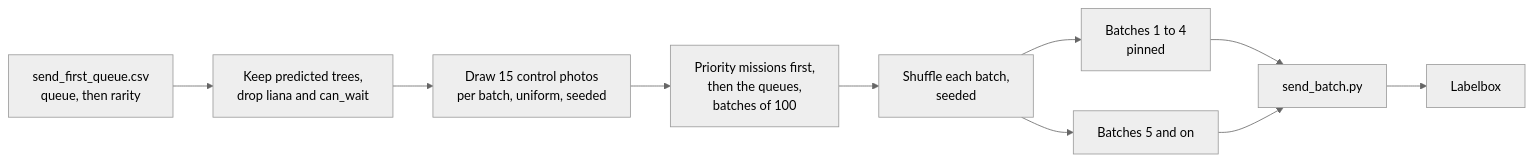
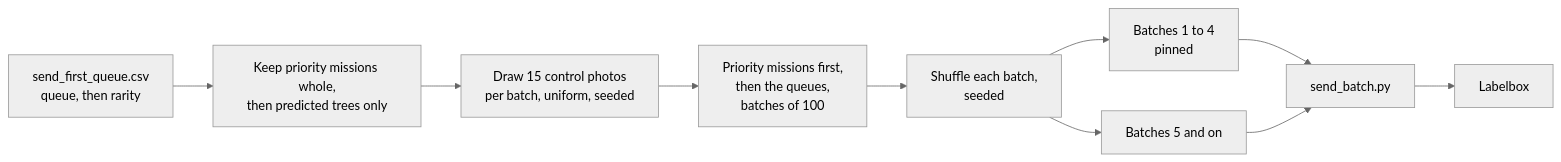
The diagram in diagrams/batches.mmd (traitlab/bci-dashboard), drawn with Mermaid (neutral theme) before and after one commit. The commit also changed 8 other files, not shown here.

First line of the commit message:
feat(batches): priority missions go out whole, whatever queue or group (#177)

```diff
--- a/diagrams/batches.mmd
+++ b/diagrams/batches.mmd
@@ -1,10 +1,10 @@
 flowchart LR
-    q["send_first_queue.csv<br/>queue, then rarity"] --> t["Keep predicted trees,<br/>drop liana and can_wait"]
+    q["send_first_queue.csv<br/>queue, then rarity"] --> t["Keep priority missions whole,<br/>then predicted trees only"]
     t --> c["Draw 15 control photos<br/>per batch, uniform, seeded"]
     c --> p["Priority missions first,<br/>then the queues,<br/>batches of 100"]
     p --> s["Shuffle each batch,<br/>seeded"]
     s --> b1["Batches 1 to 4<br/>pinned"]
     s --> bn["Batches 5 and on"]
     b1 --> d["send_batch.py"]
     bn --> d
     d --> lb["Labelbox"]
```
